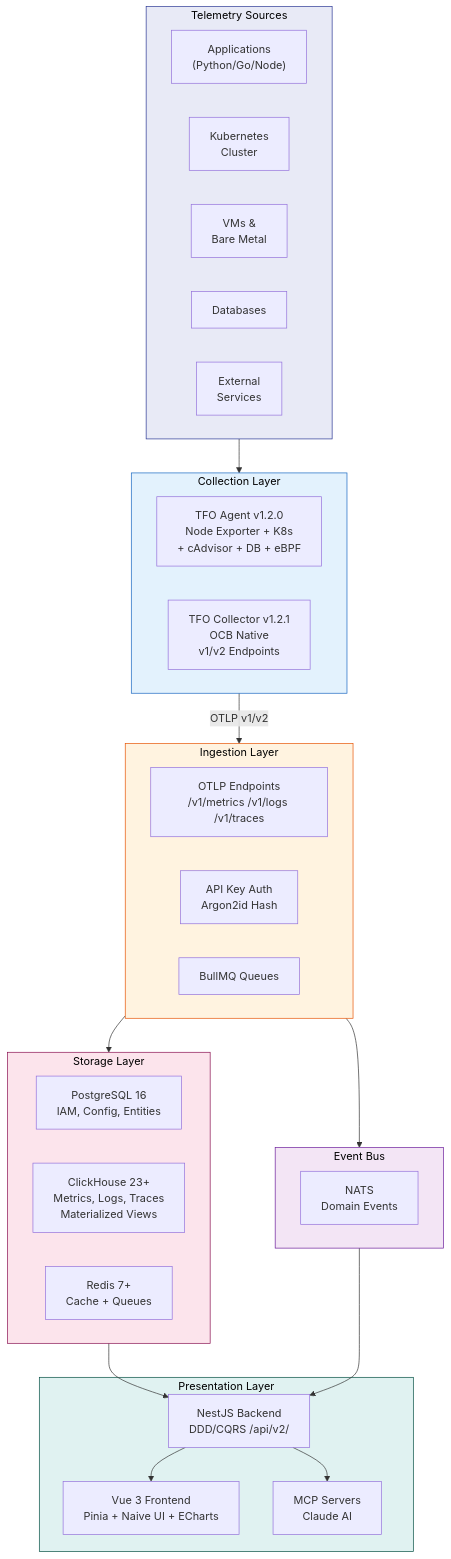
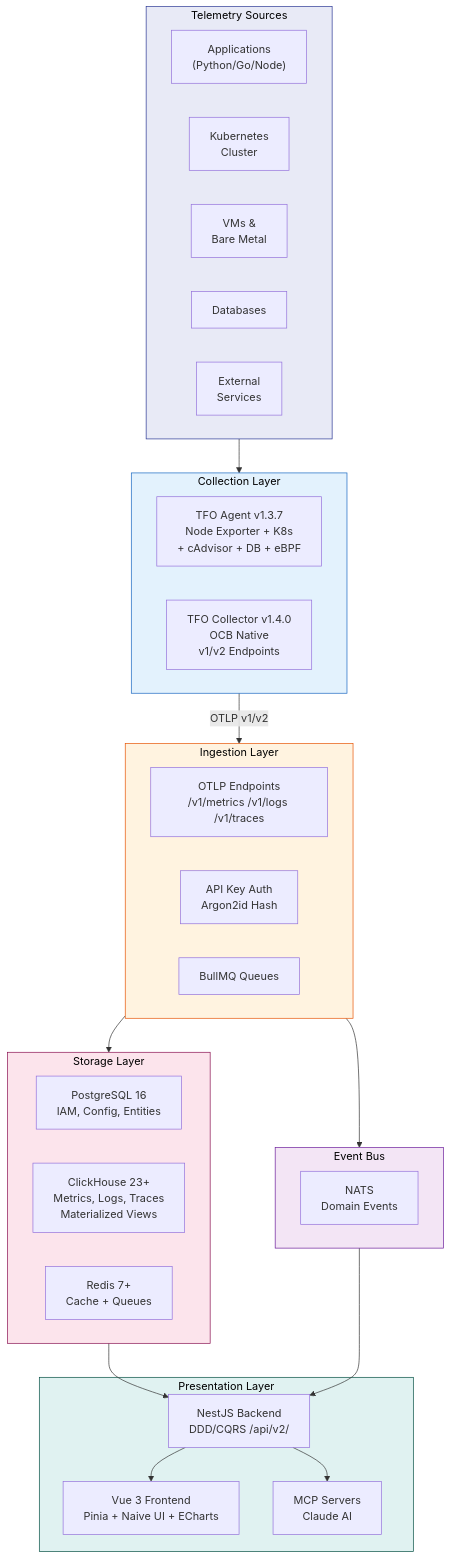
One commit to telemetryflow/telemetryflow-overview changed the ninth of 12 diagrams in README.md. Above: the diagram before and after it, drawn with Mermaid. The commit also changed other lines of this file and 11 other files, not shown here.

First line of the commit message:
docs: update component versions to latest (agent/collector/platform/OTel)

````diff
--- a/README.md
+++ b/README.md
@@ -587,53 +587,53 @@
 ```mermaid
 flowchart TB
     subgraph Sources["Telemetry Sources"]
         APP1["Applications<br/>(Python/Go/Node)"]
         K8S["Kubernetes<br/>Cluster"]
         VM["VMs &<br/>Bare Metal"]
         DB["Databases"]
         EXT["External<br/>Services"]
     end
 
     subgraph Collection["Collection Layer"]
-        AGENT["TFO Agent v1.2.0<br/>Node Exporter + K8s<br/>+ cAdvisor + DB + eBPF"]
-        TFOC["TFO Collector v1.2.1<br/>OCB Native<br/>v1/v2 Endpoints"]
+        AGENT["TFO Agent v1.3.7<br/>Node Exporter + K8s<br/>+ cAdvisor + DB + eBPF"]
+        TFOC["TFO Collector v1.4.0<br/>OCB Native<br/>v1/v2 Endpoints"]
     end
 
     subgraph Ingestion["Ingestion Layer"]
         OTLP_EP["OTLP Endpoints<br/>/v1/metrics /v1/logs /v1/traces"]
         AUTH["API Key Auth<br/>Argon2id Hash"]
         QUEUE["BullMQ Queues"]
     end
 
     subgraph Storage["Storage Layer"]
         PG["PostgreSQL 16<br/>IAM, Config, Entities"]
         CH["ClickHouse 23+<br/>Metrics, Logs, Traces<br/>Materialized Views"]
         RD["Redis 7+<br/>Cache + Queues"]
     end
 
     subgraph Messaging["Event Bus"]
         NATS["NATS<br/>Domain Events"]
     end
 
     subgraph Presentation["Presentation Layer"]
         BE["NestJS Backend<br/>DDD/CQRS /api/v2/"]
         FE["Vue 3 Frontend<br/>Pinia + Naive UI + ECharts"]
         MCP["MCP Servers<br/>Claude AI"]
     end
 
     Sources --> Collection
     Collection -->|"OTLP v1/v2"| Ingestion
     Ingestion --> Storage
     Ingestion --> Messaging
     Storage --> BE
     Messaging --> BE
     BE --> FE
     BE --> MCP
 
     style Sources fill:#e8eaf6,stroke:#283593,color:#000
     style Collection fill:#e3f2fd,stroke:#1565c0,color:#000
     style Ingestion fill:#fff3e0,stroke:#e65100,color:#000
     style Storage fill:#fce4ec,stroke:#880e4f,color:#000
     style Messaging fill:#f3e5f5,stroke:#6a1b9a,color:#000
     style Presentation fill:#e0f2f1,stroke:#004d40,color:#000
 ```
````
